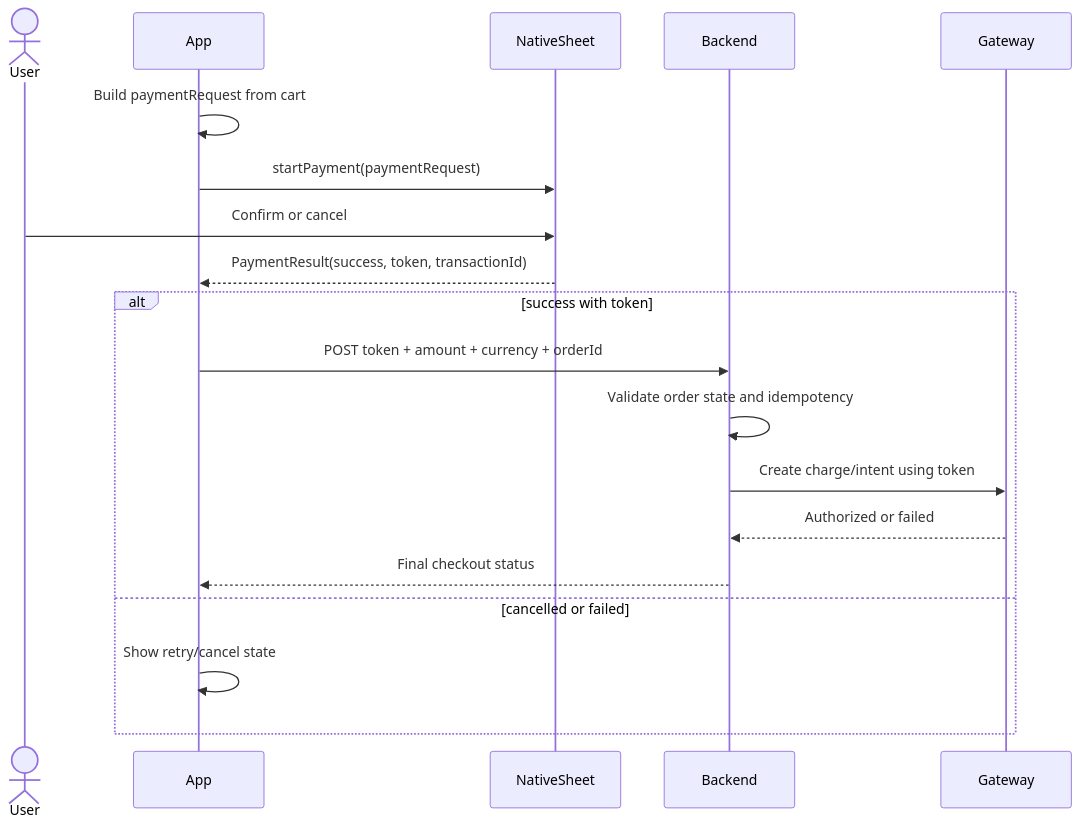
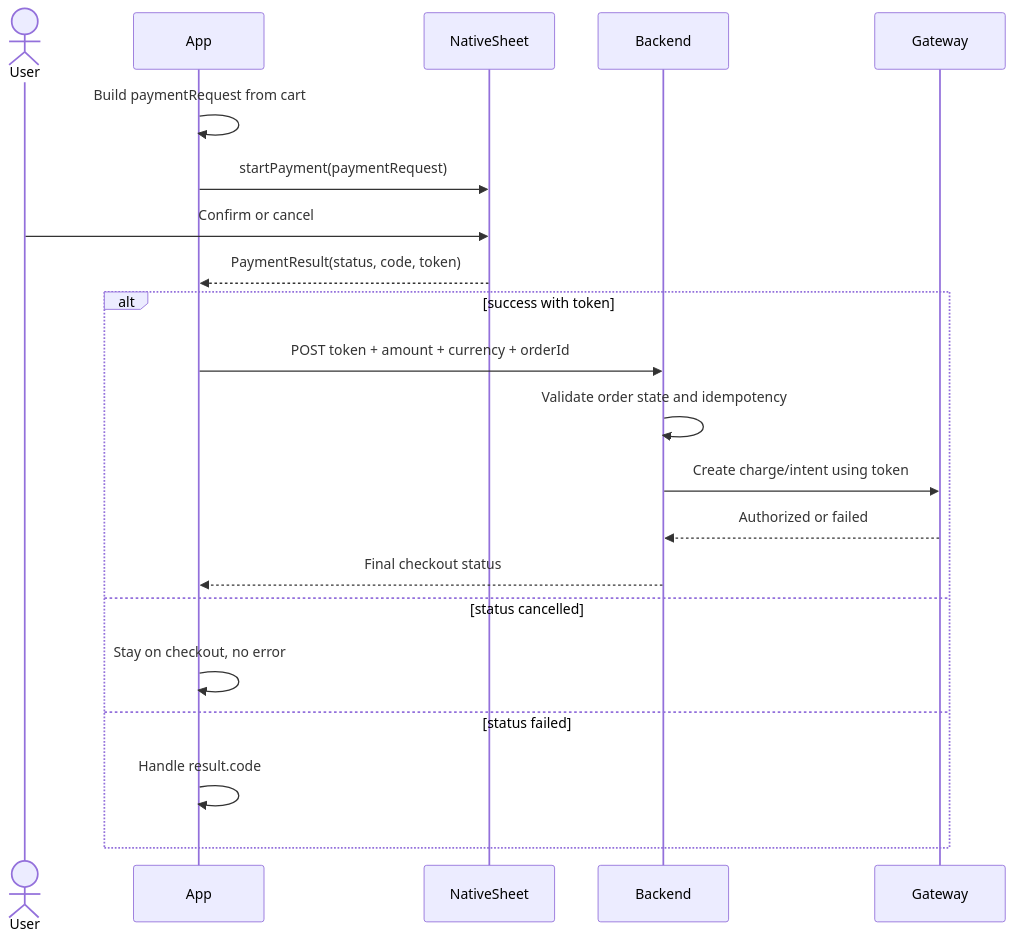
Before and after one commit to gmi-software/react-native-pay: the diagram in docs/docs/payment-flow.md, drawn with Mermaid. The commit also changed other lines of this file and 48 other files, not shown here.

First line of the commit message:
feat: report a typed status and error code on every payment result (#52)

````diff
--- a/docs/docs/payment-flow.md
+++ b/docs/docs/payment-flow.md
@@ -19,22 +19,24 @@
 ```mermaid
 sequenceDiagram
   actor User
   participant App
   participant NativeSheet
   participant Backend
   participant Gateway
 
   App->>App: Build paymentRequest from cart
   App->>NativeSheet: startPayment(paymentRequest)
   User->>NativeSheet: Confirm or cancel
-  NativeSheet-->>App: PaymentResult(success, token, transactionId)
+  NativeSheet-->>App: PaymentResult(status, code, token)
   alt success with token
     App->>Backend: POST token + amount + currency + orderId
     Backend->>Backend: Validate order state and idempotency
     Backend->>Gateway: Create charge/intent using token
     Gateway-->>Backend: Authorized or failed
     Backend-->>App: Final checkout status
-  else cancelled or failed
-    App->>App: Show retry/cancel state
+  else status cancelled
+    App->>App: Stay on checkout, no error
+  else status failed
+    App->>App: Handle result.code
   end
 ```
````
